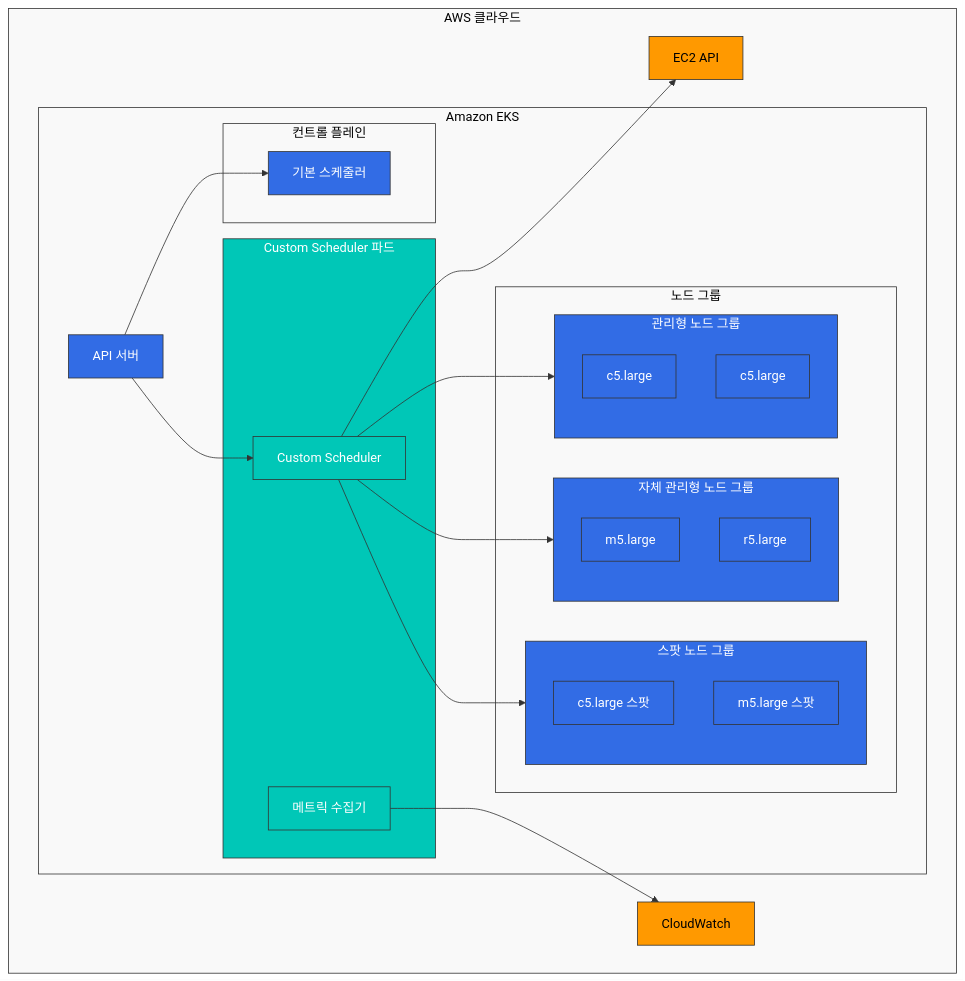
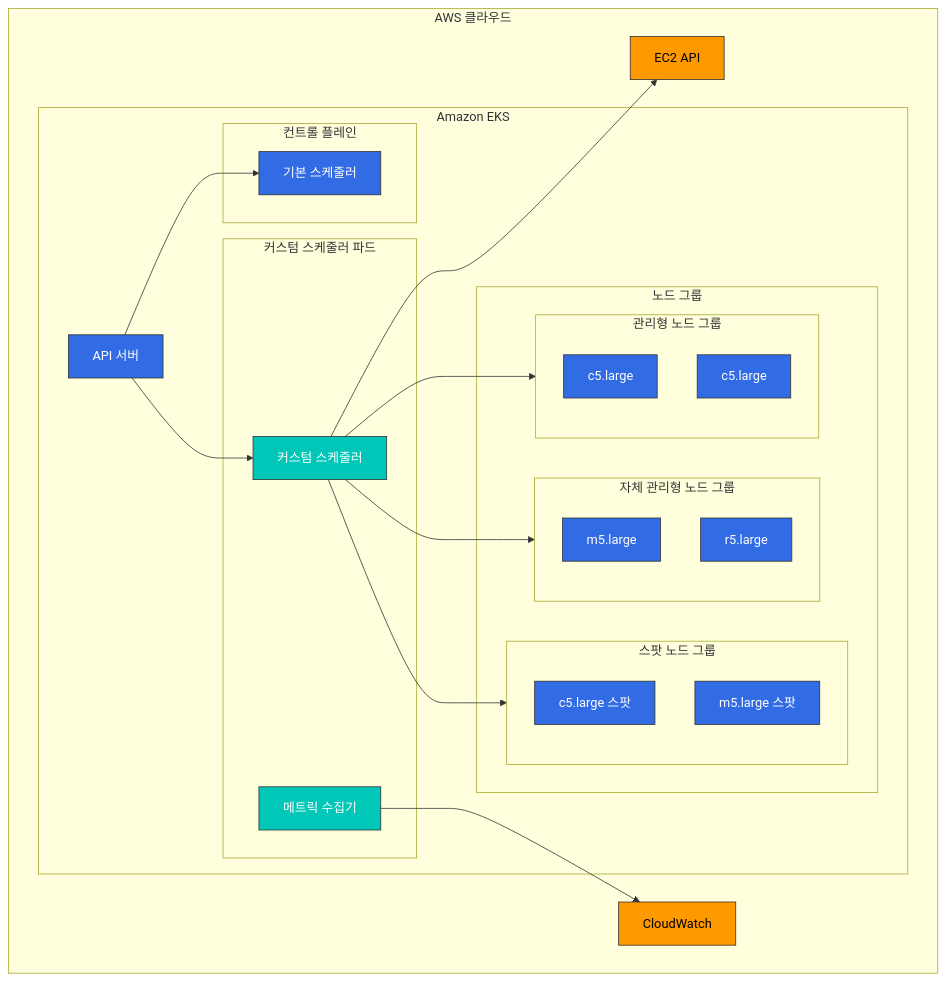
One commit to Atom-oh/kubernetes-docs changed the third of 3 diagrams in advanced/02-custom-scheduler-part1.md. Above: the diagram before and after it, drawn with Mermaid. The commit also changed other lines of this file and 2 other files, not shown here.

Commit message:
Fix mermaid diagrams by removing style applications from subgraphs

````diff
--- a/advanced/02-custom-scheduler-part1.md
+++ b/advanced/02-custom-scheduler-part1.md
@@ -323,57 +324,55 @@
 ```mermaid
 flowchart TD
     subgraph AWS [AWS 클라우드]
         subgraph EKS [Amazon EKS]
             APIServer[API 서버]
             
             subgraph ControlPlane [컨트롤 플레인]
                 DefaultScheduler[기본 스케줄러]
             end
             
-            subgraph CustomSchedulerPod [Custom Scheduler 파드]
-                CustomScheduler[Custom Scheduler]
+            subgraph CustomSchedulerPod [커스텀 스케줄러 파드]
+                CustomScheduler[커스텀 스케줄러]
                 MetricsCollector[메트릭 수집기]
             end
             
             subgraph NodeGroups [노드 그룹]
                 subgraph ManagedNG [관리형 노드 그룹]
                     MNode1[c5.large]
                     MNode2[c5.large]
                 end
                 
                 subgraph SelfManagedNG [자체 관리형 노드 그룹]
                     SNode1[m5.large]
                     SNode2[r5.large]
                 end
                 
                 subgraph SpotNG [스팟 노드 그룹]
                     SpNode1[c5.large 스팟]
                     SpNode2[m5.large 스팟]
                 end
             end
         end
         
         CloudWatch[CloudWatch]
         EC2API[EC2 API]
     end
     
     APIServer --> DefaultScheduler
     APIServer --> CustomScheduler
     
     CustomScheduler --> ManagedNG
     CustomScheduler --> SelfManagedNG
     CustomScheduler --> SpotNG
     
     MetricsCollector --> CloudWatch
     CustomScheduler --> EC2API
     
     classDef awsService fill:#FF9900,stroke:#333,stroke-width:1px,color:black;
     classDef k8sComponent fill:#326CE5,stroke:#333,stroke-width:1px,color:white;
     classDef customComponent fill:#00C7B7,stroke:#333,stroke-width:1px,color:white;
-    classDef default fill:#f9f9f9,stroke:#333,stroke-width:1px,color:black;
     
     class CloudWatch,EC2API awsService;
-    class APIServer,DefaultScheduler,ManagedNG,SelfManagedNG,SpotNG,MNode1,MNode2,SNode1,SNode2,SpNode1,SpNode2 k8sComponent;
-    class CustomScheduler,MetricsCollector,CustomSchedulerPod customComponent;
-    class AWS,EKS,ControlPlane,NodeGroups default;
+    class APIServer,DefaultScheduler,MNode1,MNode2,SNode1,SNode2,SpNode1,SpNode2 k8sComponent;
+    class CustomScheduler,MetricsCollector customComponent;
 ```
````
